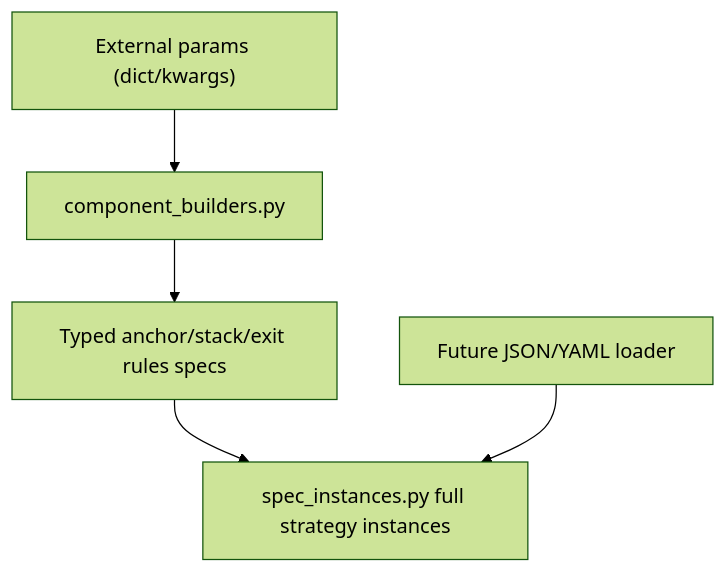
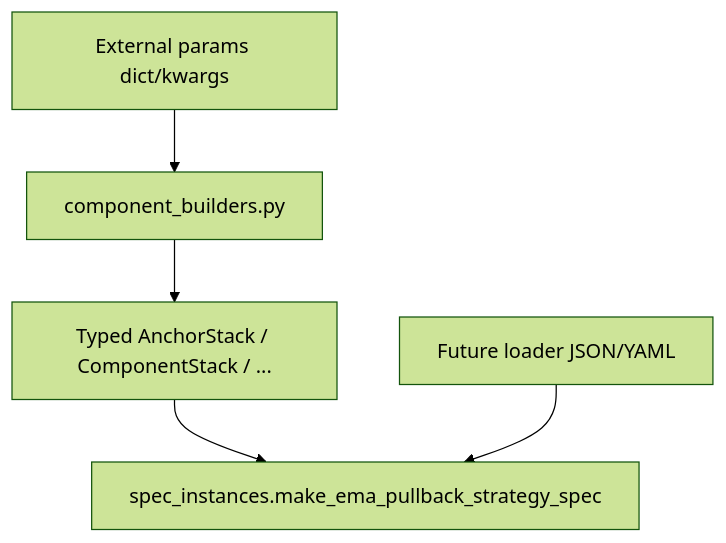
One commit to roman-vyl/_bbb_new_gen changed the diagram in docs/research/12_component_builders.md. Above: the diagram before and after it, drawn with Mermaid (forest theme). The commit also changed other lines of this file and 4 other files, not shown here.

````diff
--- a/docs/research/12_component_builders.md
+++ b/docs/research/12_component_builders.md
@@ -131,7 +113,7 @@
 ```mermaid
 flowchart TD
-    externalParams["External params (dict/kwargs)"] --> builders["component_builders.py"]
-    builders --> typedComponents["Typed anchor/stack/exit rules specs"]
-    typedComponents --> specInstances["spec_instances.py full strategy instances"]
-    futureLoader["Future JSON/YAML loader"] --> specInstances
+    externalParams["External params dict/kwargs"] --> builders["component_builders.py"]
+    builders --> typedParts["Typed AnchorStack / ComponentStack / ..."]
+    typedParts --> specInstances["spec_instances.make_ema_pullback_strategy_spec"]
+    futureLoader["Future loader JSON/YAML"] --> specInstances
 ```
````
